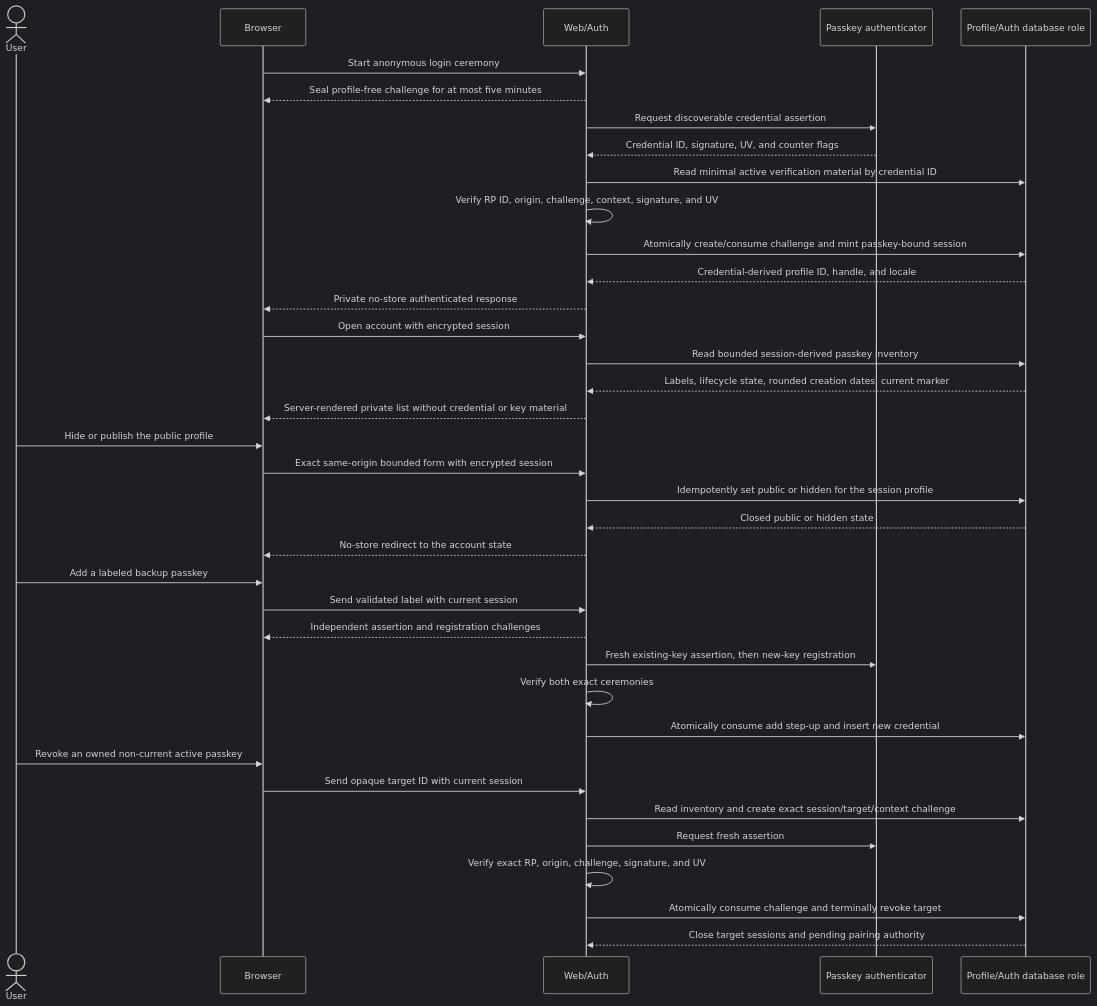
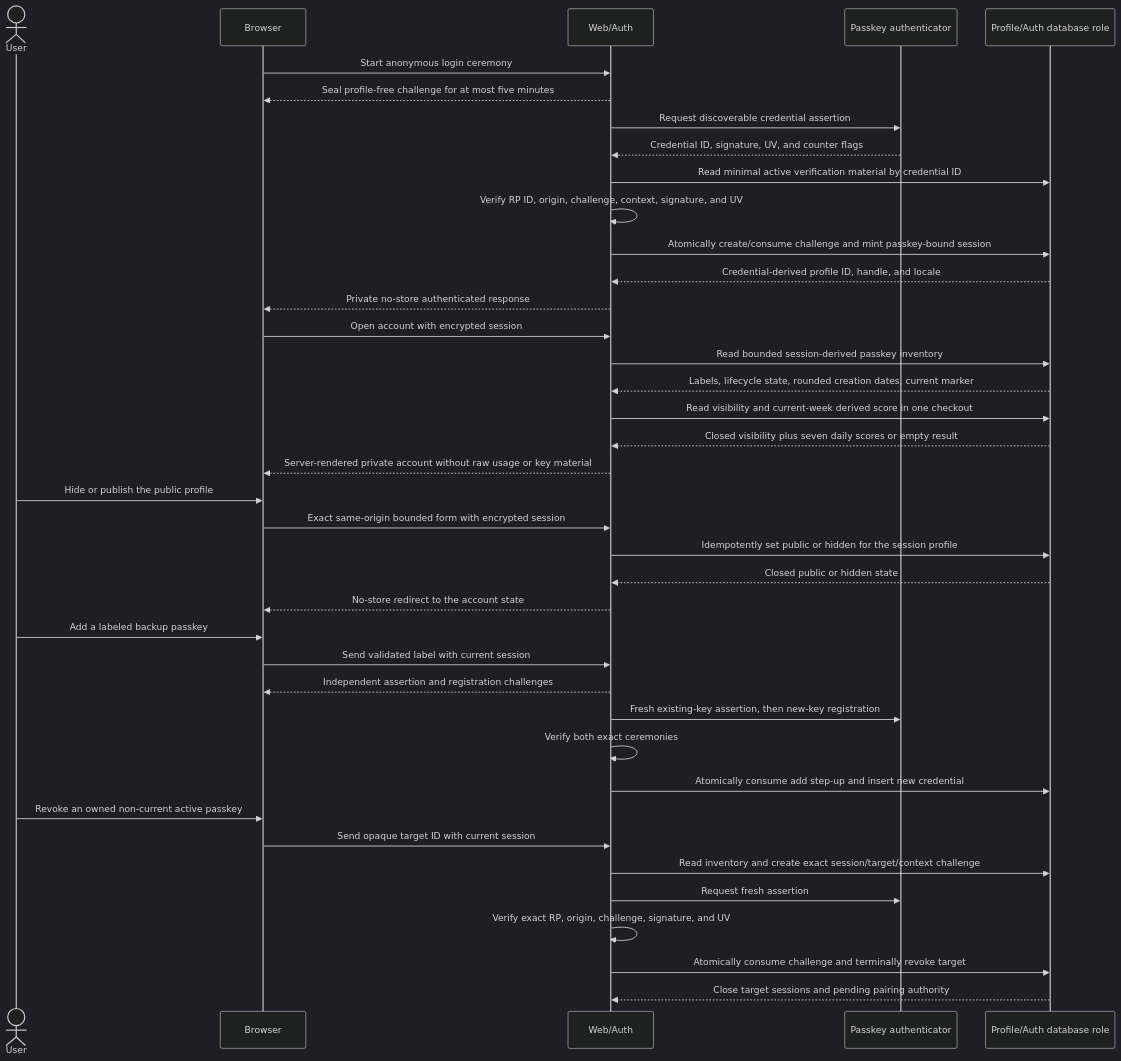
Before and after one commit to Tah10n/viberacing: the second of 9 diagrams in docs/architecture/DATA_FLOW.md, drawn with Mermaid (dark theme). The commit also changed other lines of this file and 26 other files, not shown here.

Commit message:
feat: add private daily score view

````diff
--- a/docs/architecture/DATA_FLOW.md
+++ b/docs/architecture/DATA_FLOW.md
@@ -97,44 +97,46 @@
 ```mermaid
 sequenceDiagram
   actor User
   participant Browser
   participant Web as Web/Auth
   participant Authenticator as Passkey authenticator
   participant DB as Profile/Auth database role
 
   Browser->>Web: Start anonymous login ceremony
   Web-->>Browser: Seal profile-free challenge for at most five minutes
   Web->>Authenticator: Request discoverable credential assertion
   Authenticator-->>Web: Credential ID, signature, UV, and counter flags
   Web->>DB: Read minimal active verification material by credential ID
   Web->>Web: Verify RP ID, origin, challenge, context, signature, and UV
   Web->>DB: Atomically create/consume challenge and mint passkey-bound session
   DB-->>Web: Credential-derived profile ID, handle, and locale
   Web-->>Browser: Private no-store authenticated response
 
   Browser->>Web: Open account with encrypted session
   Web->>DB: Read bounded session-derived passkey inventory
   DB-->>Web: Labels, lifecycle state, rounded creation dates, current marker
-  Web-->>Browser: Server-rendered private list without credential or key material
+  Web->>DB: Read visibility and current-week derived score in one checkout
+  DB-->>Web: Closed visibility plus seven daily scores or empty result
+  Web-->>Browser: Server-rendered private account without raw usage or key material
 
   User->>Browser: Hide or publish the public profile
   Browser->>Web: Exact same-origin bounded form with encrypted session
   Web->>DB: Idempotently set public or hidden for the session profile
   DB-->>Web: Closed public or hidden state
   Web-->>Browser: No-store redirect to the account state
 
   User->>Browser: Add a labeled backup passkey
   Browser->>Web: Send validated label with current session
   Web-->>Browser: Independent assertion and registration challenges
   Web->>Authenticator: Fresh existing-key assertion, then new-key registration
   Web->>Web: Verify both exact ceremonies
   Web->>DB: Atomically consume add step-up and insert new credential
 
   User->>Browser: Revoke an owned non-current active passkey
   Browser->>Web: Send opaque target ID with current session
   Web->>DB: Read inventory and create exact session/target/context challenge
   Web->>Authenticator: Request fresh assertion
   Web->>Web: Verify exact RP, origin, challenge, signature, and UV
   Web->>DB: Atomically consume challenge and terminally revoke target
   DB-->>Web: Close target sessions and pending pairing authority
 ```
````
